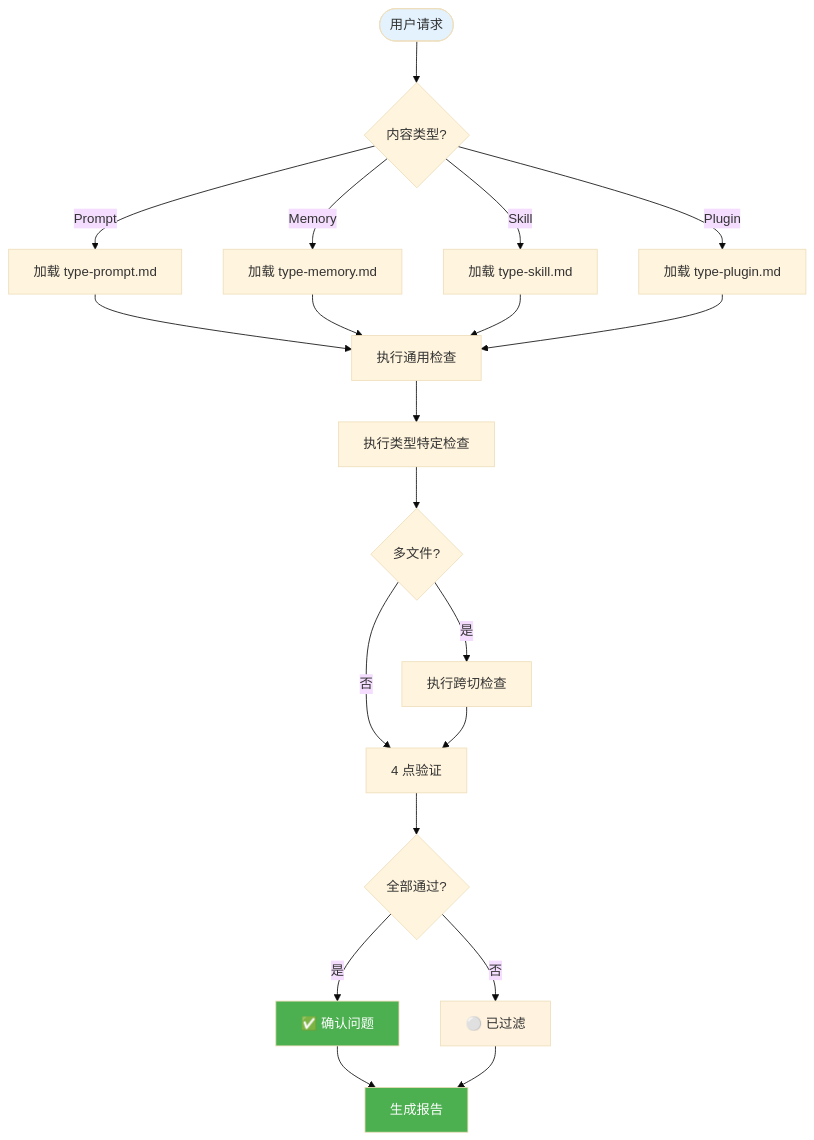
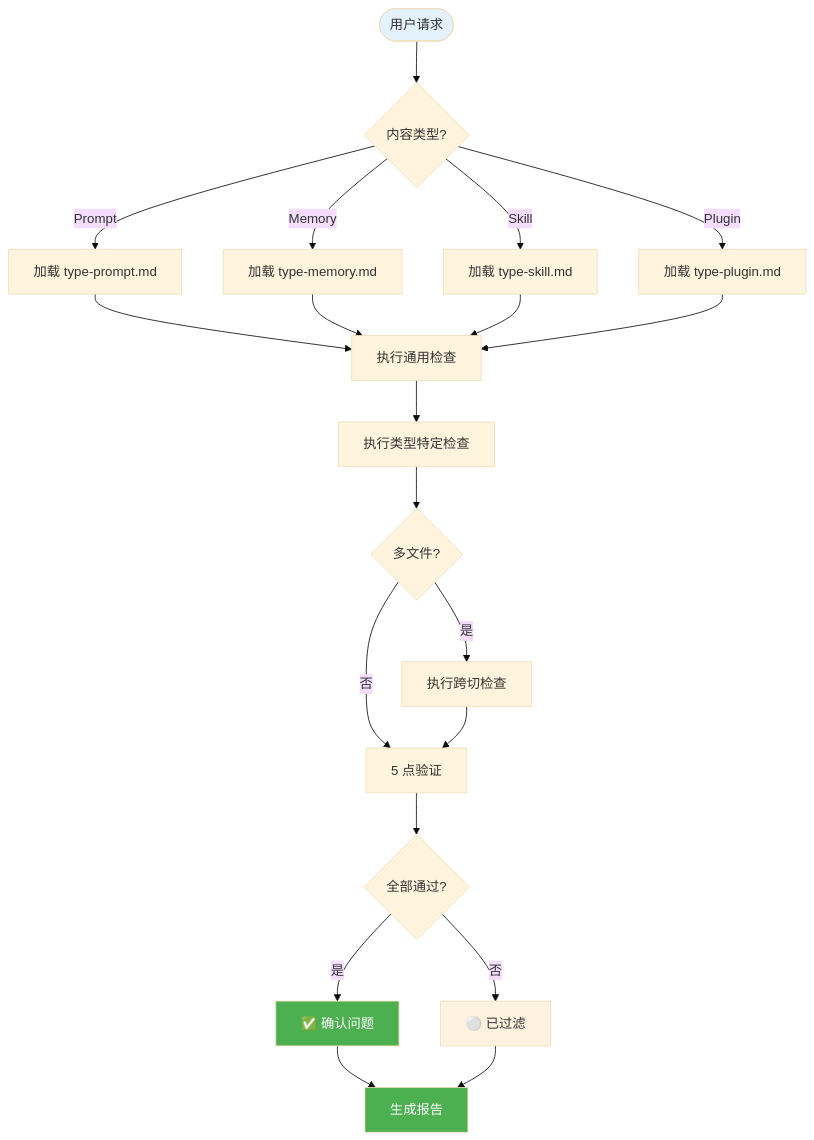
The diagram in README_CN.md (freespace8/hello-auditkit), drawn with Mermaid (base theme) before and after one commit. The commit also changed other lines of this file and 7 other files, not shown here.

````diff
--- a/README_CN.md
+++ b/README_CN.md
@@ -230,33 +231,33 @@
 ```mermaid
 flowchart TD
     Start([用户请求]) --> Detect{内容类型?}
 
     Detect -->|"Prompt"| LoadPrompt[加载 type-prompt.md]
     Detect -->|"Memory"| LoadMemory[加载 type-memory.md]
     Detect -->|"Skill"| LoadSkill[加载 type-skill.md]
     Detect -->|"Plugin"| LoadPlugin[加载 type-plugin.md]
 
     LoadPrompt --> Universal[执行通用检查]
     LoadMemory --> Universal
     LoadSkill --> Universal
     LoadPlugin --> Universal
 
     Universal --> TypeSpecific[执行类型特定检查]
     TypeSpecific --> CrossCutting{多文件?}
 
     CrossCutting -->|是| Cross[执行跨切检查]
     CrossCutting -->|否| Verify
     Cross --> Verify
 
-    Verify[4 点验证] --> Filter{全部通过?}
+    Verify[5 点验证] --> Filter{全部通过?}
     Filter -->|是| Confirm[✅ 确认问题]
     Filter -->|否| Discard[⚪ 已过滤]
 
     Confirm --> Report[生成报告]
     Discard --> Report
 
     style Start fill:#e3f2fd
     style Confirm fill:#4caf50,color:#fff
     style Discard fill:#fff3e0
     style Report fill:#4caf50,color:#fff
 ```
````
